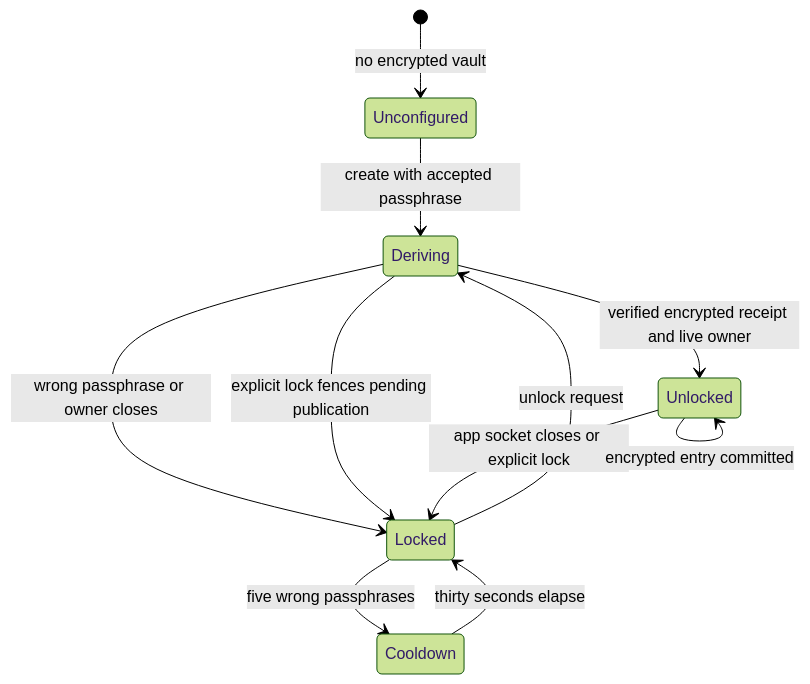
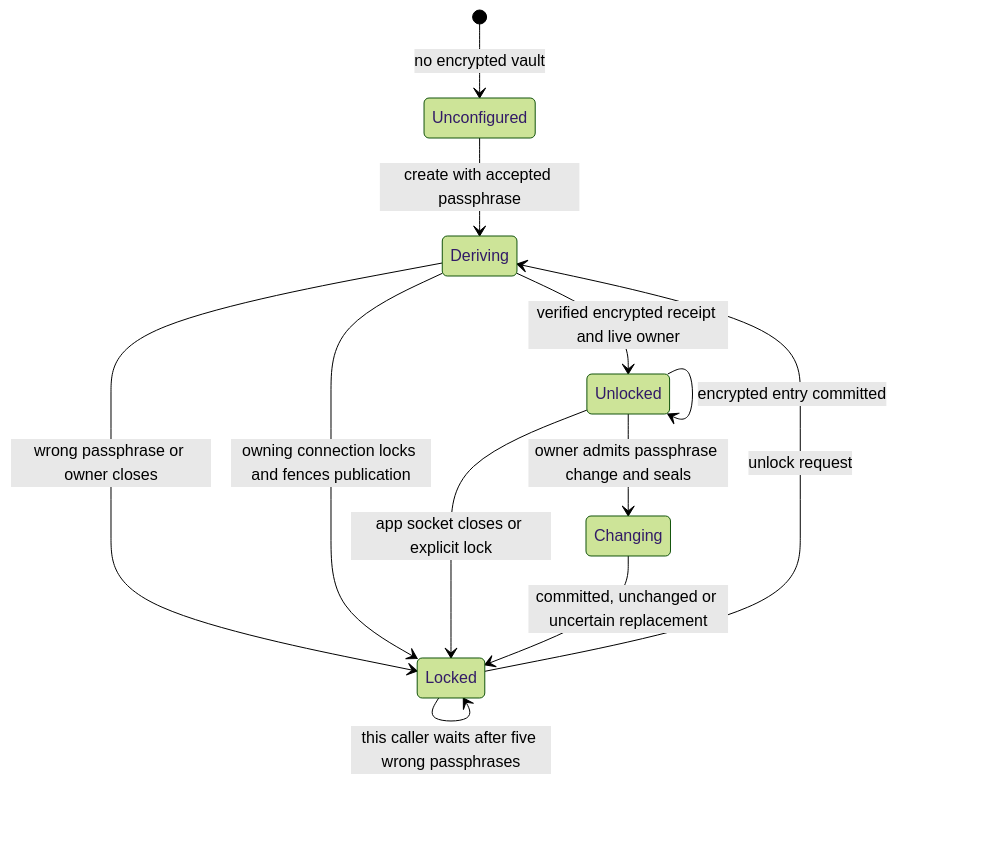
The diagram in docs/state/services/gateway/local-vault.md (nessalabs/nessa-agent), drawn with Mermaid (forest theme) before and after one commit. The commit also changed other lines of this file and 81 other files, not shown here.

````diff
--- a/docs/state/services/gateway/local-vault.md
+++ b/docs/state/services/gateway/local-vault.md
@@ -30,13 +37,14 @@
 ```mermaid
 stateDiagram-v2
     [*] --> Unconfigured: no encrypted vault
     Unconfigured --> Deriving: create with accepted passphrase
     Locked --> Deriving: unlock request
     Deriving --> Unlocked: verified encrypted receipt and live owner
     Deriving --> Locked: wrong passphrase or owner closes
-    Deriving --> Locked: explicit lock fences pending publication
+    Deriving --> Locked: owning connection locks and fences publication
     Unlocked --> Locked: app socket closes or explicit lock
-    Locked --> Cooldown: five wrong passphrases
-    Cooldown --> Locked: thirty seconds elapse
+    Locked --> Locked: this caller waits after five wrong passphrases
+    Unlocked --> Changing: owner admits passphrase change and seals
+    Changing --> Locked: committed, unchanged or uncertain replacement
     Unlocked --> Unlocked: encrypted entry committed
 ```
````
